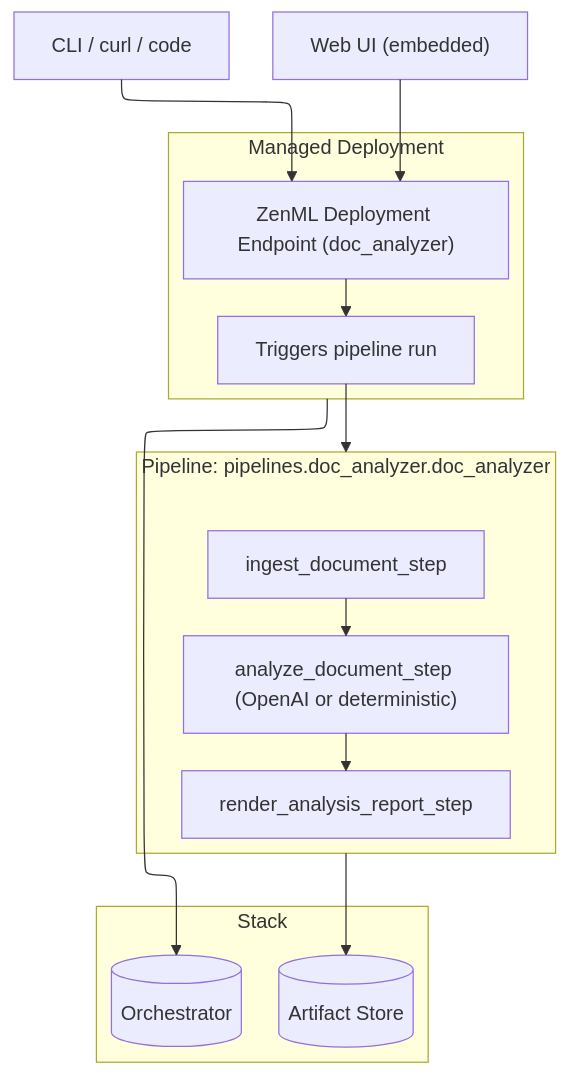
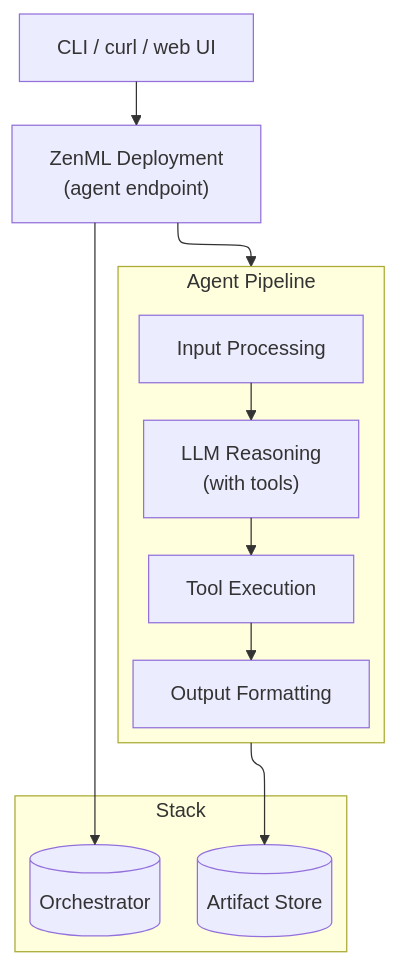
One commit to zenml-io/zenml changed the first of 3 diagrams in docs/book/getting-started/your-first-ai-pipeline.md. Above: the diagram before and after it, drawn with Mermaid. The commit also changed other lines of this file, not shown here.

Commit message:
Update pipeline paths and descriptions to build with ZenML

````diff
--- a/docs/book/getting-started/your-first-ai-pipeline.md
+++ b/docs/book/getting-started/your-first-ai-pipeline.md
@@ -27,31 +46,27 @@
 ```mermaid
 ---
 config:
   layout: elk
   theme: mc
 ---
 flowchart TB
-  U["CLI / curl / code"] --> D["ZenML Deployment Endpoint (doc_analyzer)"]
-  W["Web UI (embedded)"] --> D
+  U["CLI / curl / web UI"] --> D["ZenML Deployment<br/>(agent endpoint)"]
 
-  subgraph DEPLOY["Managed Deployment"]
-    D --> T["Triggers pipeline run"]
+  subgraph PIPE["Agent Pipeline"]
+    I["Input Processing"]
+    A["LLM Reasoning<br/>(with tools)"]
+    T["Tool Execution"]
+    O["Output Formatting"]
+    I --> A --> T --> O
   end
 
-  subgraph PIPE["Pipeline: pipelines.doc_analyzer.doc_analyzer"]
-    I["ingest_document_step"]
-    A["analyze_document_step (OpenAI or deterministic)"]
-    R["render_analysis_report_step"]
-    I --> A --> R
-  end
-
-  T --> PIPE
+  D --> PIPE
 
   subgraph STACK["Stack"]
-    O[("Orchestrator")]
+    OR[("Orchestrator")]
     AR[("Artifact Store")]
   end
 
   PIPE --> AR
-  DEPLOY --> O
+  D --> OR
 ```
````
